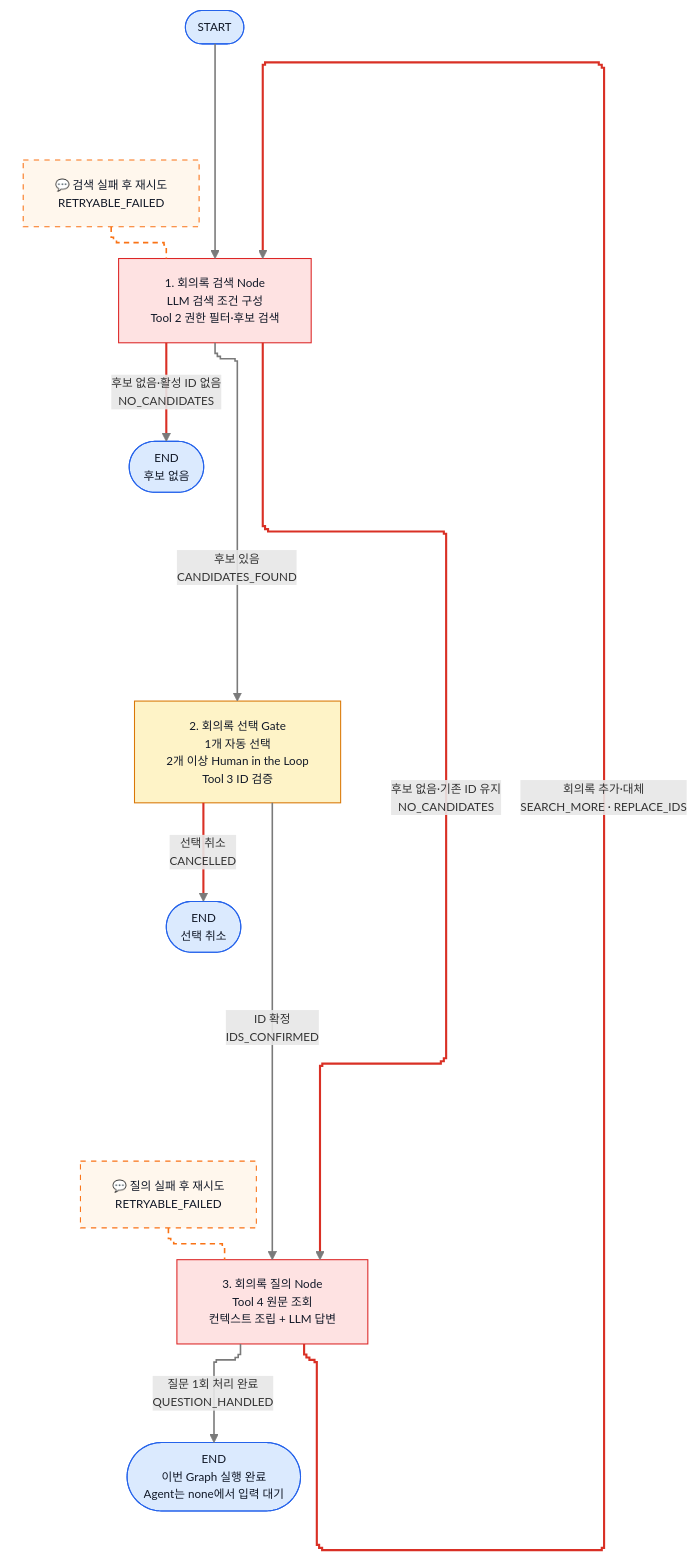
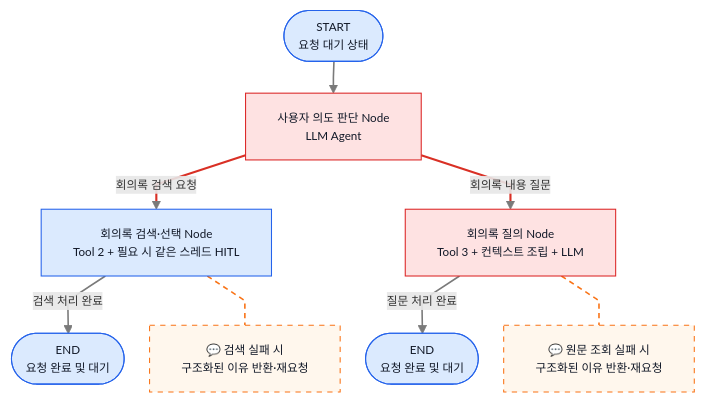
The seventh of 10 diagrams in ZENAI/에이전트 설계/회의록 에이전트 설계/1. 회의록 에이전트 워크플로우 graph 정의.md (ericyum/Obsidian), drawn with Mermaid before and after one commit. The commit also changed other lines of this file and 11 other files, not shown here.

````diff
--- a/ZENAI/에이전트 설계/회의록 에이전트 설계/1. 회의록 에이전트 워크플로우 graph 정의.md
+++ b/ZENAI/에이전트 설계/회의록 에이전트 설계/1. 회의록 에이전트 워크플로우 graph 정의.md
@@ -377,38 +299,20 @@
 ```mermaid
-%%{init: {"flowchart": {"defaultRenderer": "elk", "useMaxWidth": true, "nodeSpacing": 90, "rankSpacing": 110, "curve": "stepAfter"}, "elk": {"mergeEdges": false, "nodePlacementStrategy": "NETWORK_SIMPLEX", "nodePlacementAlignment": "BALANCED", "cycleBreakingStrategy": "MODEL_ORDER", "forceNodeModelOrder": true, "considerModelOrder": "NODES_AND_EDGES", "keepEntryNodeOnTop": true}, "themeVariables": {"fontSize": "11px"}}}%%
+%%{init: {"flowchart": {"useMaxWidth": true, "nodeSpacing": 24, "rankSpacing": 30, "curve": "linear"}, "themeVariables": {"fontSize": "11px"}}}%%
 flowchart TB
-    S(["START"])
-    subgraph SEARCH_ROW[" "]
-        direction LR
-        RA["💬 검색 실패 후 재시도<br/>RETRYABLE_FAILED"] -.- A["1. 회의록 검색 Node<br/>LLM 검색 조건 구성<br/>Tool 2 권한 필터·후보 검색"]
-        A -->|"후보 없음·활성 ID 없음<br/>NO_CANDIDATES"| E0(["END<br/>후보 없음"])
-    end
-    subgraph SELECT_ROW[" "]
-        direction LR
-        G["2. 회의록 선택 Gate<br/>1개 자동 선택<br/>2개 이상 Human in the Loop<br/>Tool 3 ID 검증"] -->|"선택 취소<br/>CANCELLED"| E1(["END<br/>선택 취소"])
-    end
-    subgraph QUERY_ROW[" "]
-        direction LR
-        RQ["💬 질의 실패 후 재시도<br/>RETRYABLE_FAILED"] -.- Q["3. 회의록 질의 Node<br/>Tool 4 원문 조회<br/>컨텍스트 조립 + LLM 답변"]
-        Q -->|"질문 1회 처리 완료<br/>QUESTION_HANDLED"| E2(["END<br/>이번 Graph 실행 완료<br/>Agent는 none에서 입력 대기"])
-    end
-    S --> A
-    A -->|"후보 있음<br/>CANDIDATES_FOUND"| G
-    A -->|"후보 없음·기존 ID 유지<br/>NO_CANDIDATES"| Q
-    G -->|"ID 확정<br/>IDS_CONFIRMED"| Q
-    Q -->|"회의록 추가·대체<br/>SEARCH_MORE · REPLACE_IDS"| A
-    classDef hitl fill:#fef3c7,stroke:#d97706,color:#111827;
+    S(["START<br/>요청 대기 상태"]) --> A["사용자 의도 판단 Node<br/>LLM Agent"]
+    A -->|"회의록 검색 요청"| R["회의록 검색·선택 Node<br/>Tool 2 + 필요 시 같은 스레드 HITL"]
+    A -->|"회의록 내용 질문"| Q["회의록 질의 Node<br/>Tool 3 + 컨텍스트 조립 + LLM"]
+    R -->|"검색 처리 완료"| E1(["END<br/>요청 완료 및 대기"])
+    Q -->|"질문 처리 완료"| E2(["END<br/>요청 완료 및 대기"])
+    R -.- RR["💬 검색 실패 시<br/>구조화된 이유 반환·재요청"]
+    Q -.- RQ["💬 원문 조회 실패 시<br/>구조화된 이유 반환·재요청"]
     classDef internal fill:#dbeafe,stroke:#2563eb,color:#111827;
     classDef llm fill:#fee2e2,stroke:#dc2626,color:#111827;
-    classDef note fill:#fff7ed,stroke:#f97316,color:#111827,stroke-dasharray: 5 5;
-    class G hitl;
+    classDef note fill:#fff7ed,stroke:#f97316,color:#111827,stroke-dasharray:5 5;
     class A,Q llm;
-    class S,E0,E1,E2 internal;
-    class RA,RQ note;
-    style SEARCH_ROW fill:transparent,stroke:transparent;
-    style SELECT_ROW fill:transparent,stroke:transparent;
-    style QUERY_ROW fill:transparent,stroke:transparent;
+    class R,S,E1,E2 internal;
+    class RR,RQ note;
     linkStyle default stroke:#7a7a7a,stroke-width:1.5px;
-    linkStyle 1,2,7,9 stroke:#d93025,stroke-width:2px;
-    linkStyle 0,3 stroke:#f97316,stroke-width:1.5px,stroke-dasharray: 5 4;
+    linkStyle 1,2 stroke:#d93025,stroke-width:2px;
+    linkStyle 5,6 stroke:#f97316,stroke-width:1.5px,stroke-dasharray:5 4;
 ```
````
